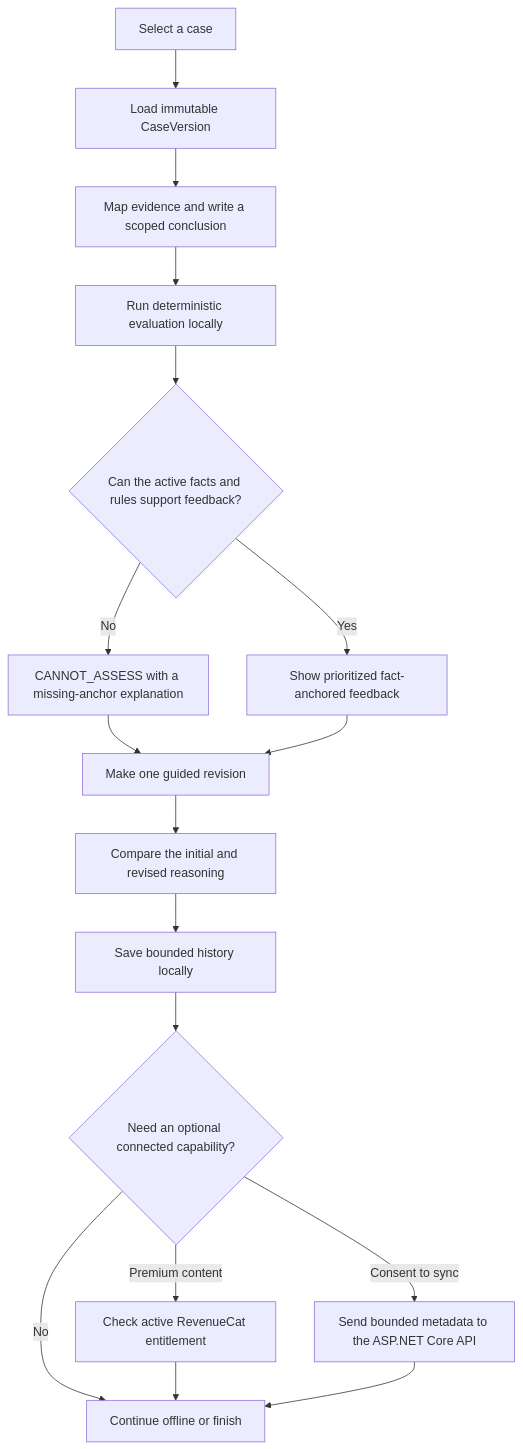
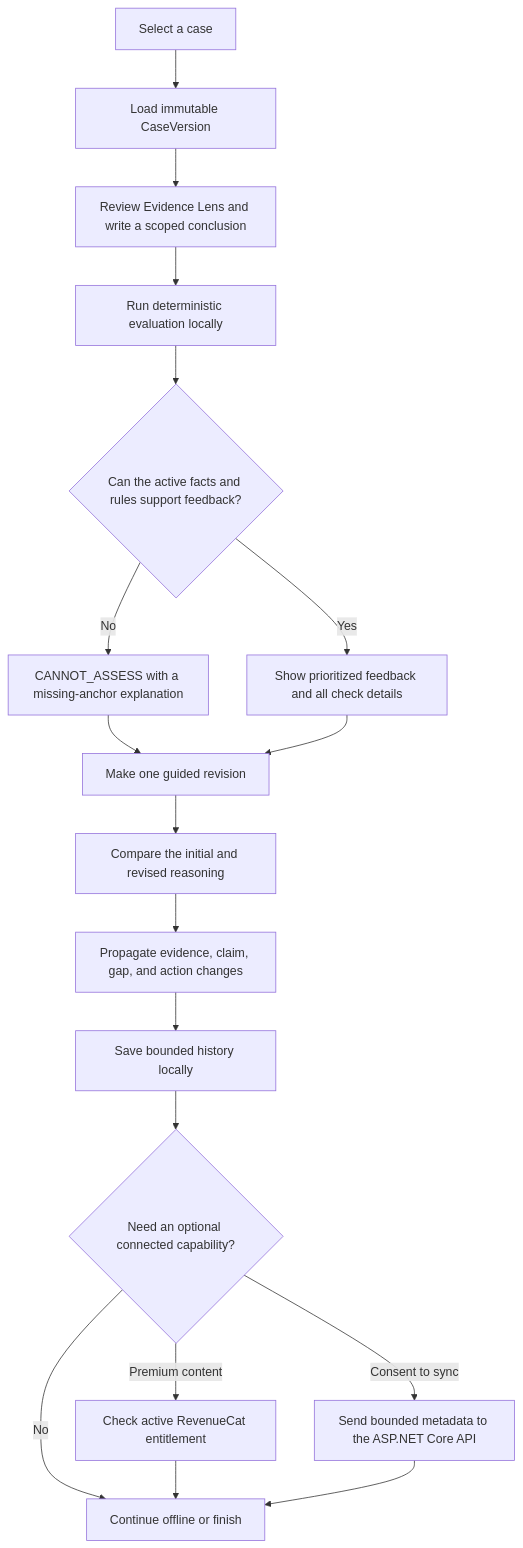
Before and after one commit to AndroLay/evidrilo: the second of 3 diagrams in README.md, drawn with Mermaid. The commit also changed other lines of this file and 28 other files, not shown here.

Commit message:
feat: close evidence graph semantic gaps

```diff
--- a/README.md
+++ b/README.md
@@ -94,19 +102,20 @@
 ~~~mermaid
 flowchart TD
     Start[Select a case] --> Load[Load immutable CaseVersion]
-    Load --> Input[Map evidence and write a scoped conclusion]
+    Load --> Input[Review Evidence Lens and write a scoped conclusion]
     Input --> Evaluate[Run deterministic evaluation locally]
     Evaluate --> Decision{Can the active facts and rules support feedback?}
     Decision -->|No| Abstain[CANNOT_ASSESS with a missing-anchor explanation]
-    Decision -->|Yes| Feedback[Show prioritized fact-anchored feedback]
+    Decision -->|Yes| Feedback[Show prioritized feedback and all check details]
     Abstain --> Revise[Make one guided revision]
     Feedback --> Revise
     Revise --> Compare[Compare the initial and revised reasoning]
-    Compare --> Save[Save bounded history locally]
+    Compare --> Propagate[Propagate evidence, claim, gap, and action changes]
+    Propagate --> Save[Save bounded history locally]
     Save --> Optional{Need an optional connected capability?}
     Optional -->|No| Done[Continue offline or finish]
     Optional -->|Premium content| Entitlement[Check active RevenueCat entitlement]
     Optional -->|Consent to sync| Sync[Send bounded metadata to the ASP.NET Core API]
     Entitlement --> Done
     Sync --> Done
 ~~~
```
